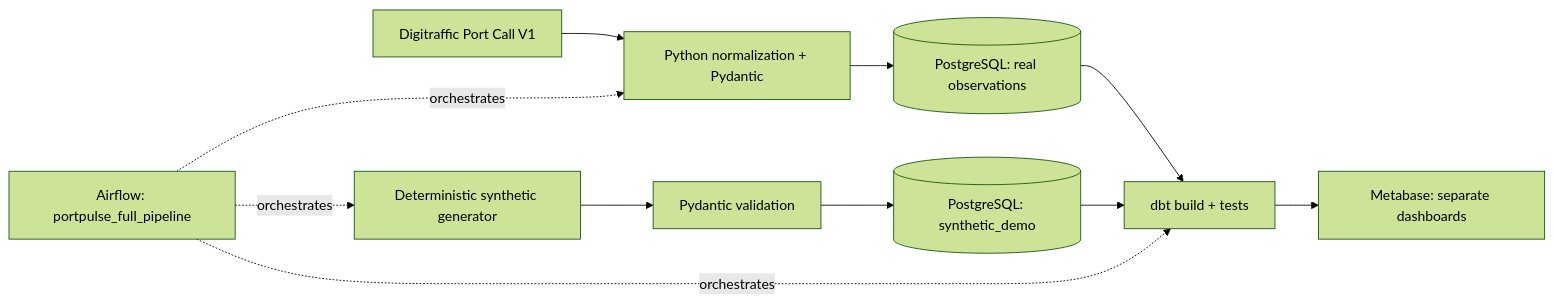
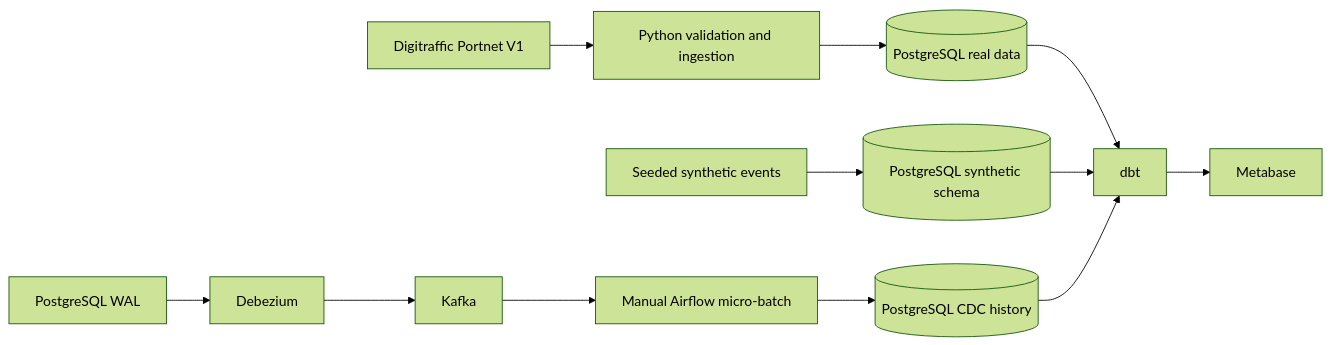
One commit to aminnkhann/PortPulse changed the diagram in README.md. Above: the diagram before and after it, drawn with Mermaid (forest theme). The commit also changed other lines of this file and 36 other files, not shown here.

````diff
--- a/README.md
+++ b/README.md
@@ -13,13 +7,12 @@
 ```mermaid
 flowchart LR
-    A[Digitraffic Port Call V1] --> V[Python normalization + Pydantic]
-    S[Deterministic synthetic generator] --> SV[Pydantic validation]
-    V --> P[(PostgreSQL: real observations)]
-    SV --> SP[(PostgreSQL: synthetic_demo)]
-    P --> D[dbt build + tests]
-    SP --> D
-    D --> M[Metabase: separate dashboards]
-    F[Airflow: portpulse_full_pipeline] -. orchestrates .-> V
-    F -. orchestrates .-> S
-    F -. orchestrates .-> D
+  A[Digitraffic Portnet V1] --> B[Python validation and ingestion]
+  B --> C[(PostgreSQL real data)]
+  D[Seeded synthetic events] --> E[(PostgreSQL synthetic schema)]
+  F[PostgreSQL WAL] --> G[Debezium] --> H[Kafka]
+  H --> I[Manual Airflow micro-batch] --> J[(PostgreSQL CDC history)]
+  C --> K[dbt]
+  E --> K
+  J --> K
+  K --> L[Metabase]
 ```
````
